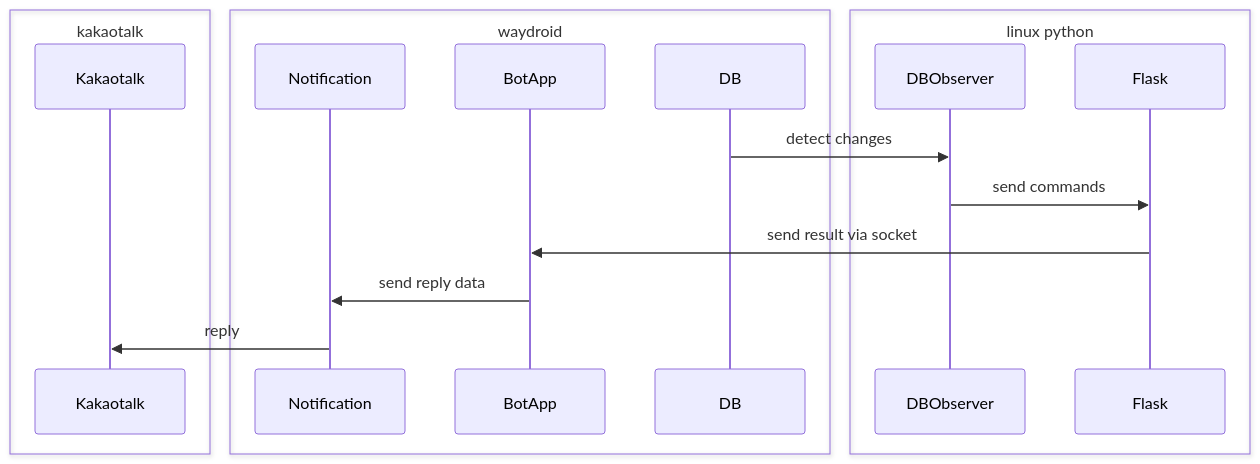
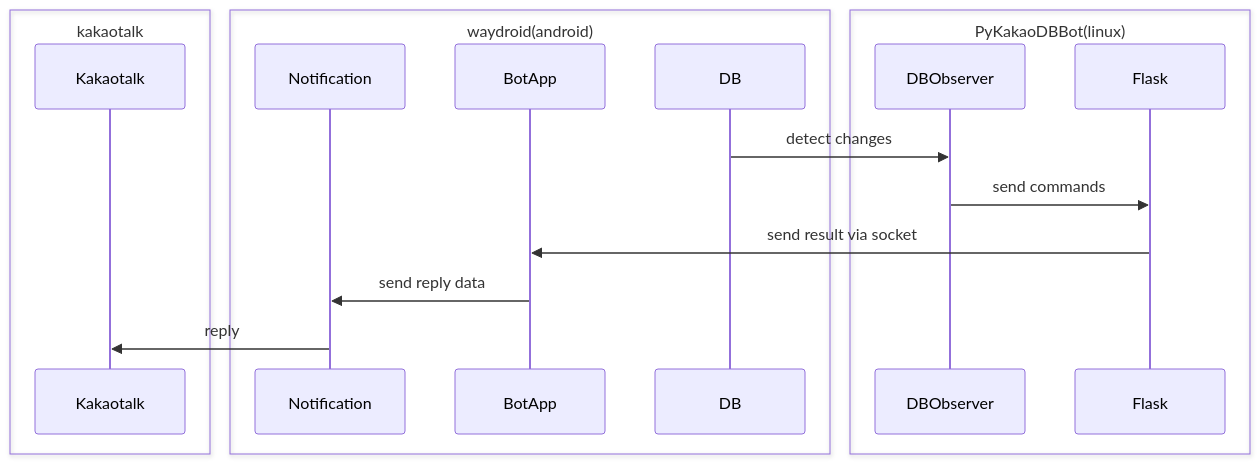
The diagram in README.md (dolidolih/PyKakaoDBBot), drawn with Mermaid before and after one commit.

````diff
--- a/README.md
+++ b/README.md
@@ -5,20 +5,20 @@
 ```mermaid
 sequenceDiagram
     box kakaotalk
     participant Kakaotalk
     end
-    box waydroid
+    box waydroid(android)
     participant Notification
     participant BotApp
     participant DB
     end
-    box linux python
+    box PyKakaoDBBot(linux)
     participant DBObserver
     participant Flask
     end
     DB->>DBObserver: detect changes
     DBObserver->>Flask: send commands
     Flask->>BotApp:send result via socket
     BotApp->>Notification:send reply data
     Notification->>Kakaotalk:reply
 ```
````
